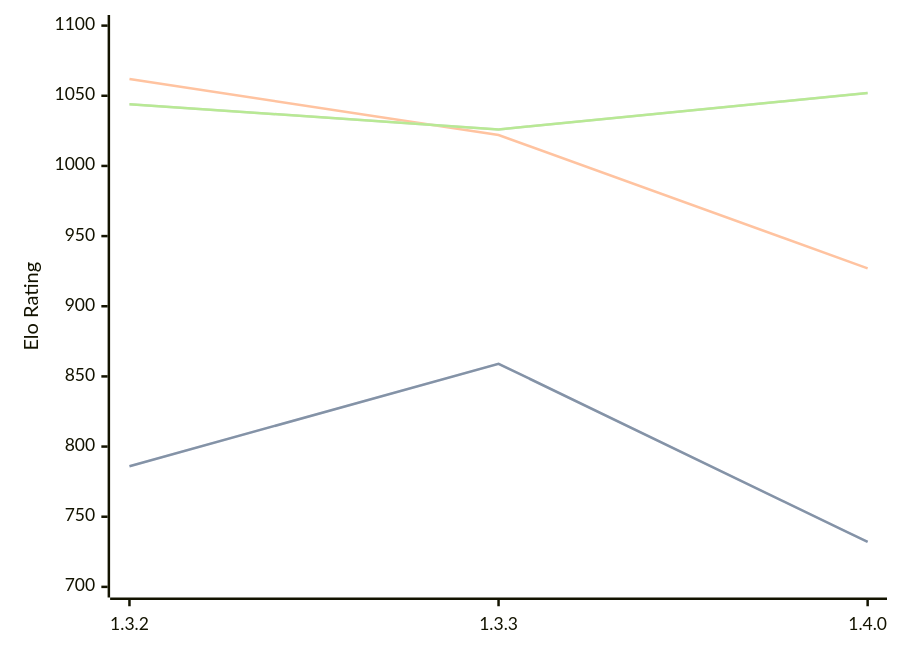
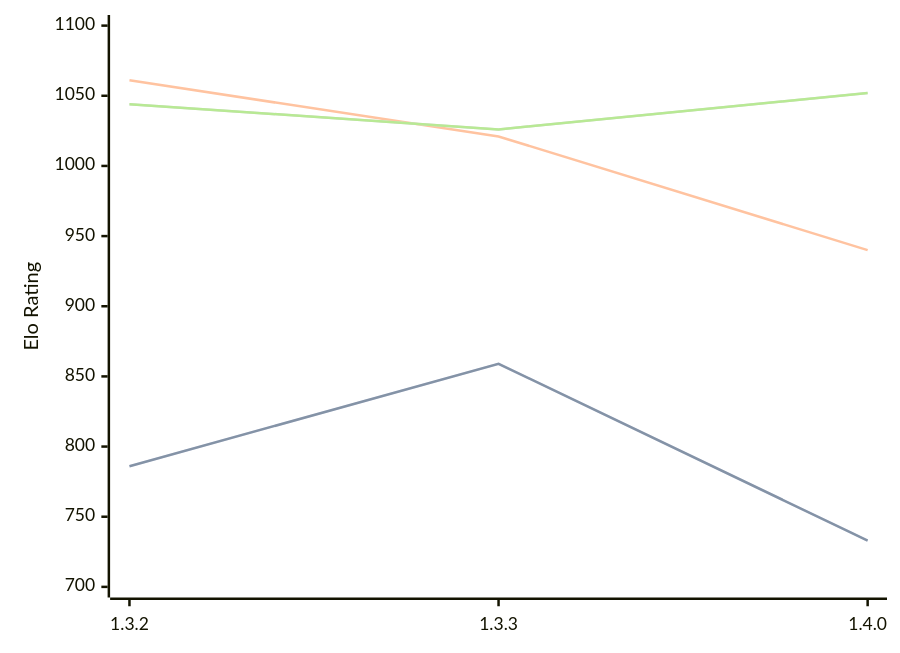
Before and after one commit to computer-chess-index/cci: the diagram in engines/Whitespine.md, drawn with Mermaid. The commit also changed other lines of this file, not shown here.

````diff
--- a/engines/Whitespine.md
+++ b/engines/Whitespine.md
@@ -33,11 +33,11 @@
 ```mermaid
 %%{init: {"theme":"base","themeVariables":{"seriesColors:['#a3a3a3','#222221','#faa371']}}}%%
 xychart-beta
   x-axis ["1.3.2", "1.3.3", "1.4.0"]
   y-axis "Elo Rating" 700 --> 1100
-  line "" [786, 859, 732]
-  line "STC (8.0+0.08s)" [786, 859, 732]
-  line "LTC (60.0+0.60s)" [1062, 1022, 927]
+  line "" [786, 859, 733]
+  line "STC (8.0+0.08s)" [786, 859, 733]
+  line "LTC (60.0+0.60s)" [1061, 1021, 940]
   line "" [1044, 1026, 1052]
   line "VLTC (2m24s+1.12s)" [1044, 1026, 1052]
 ```
````
